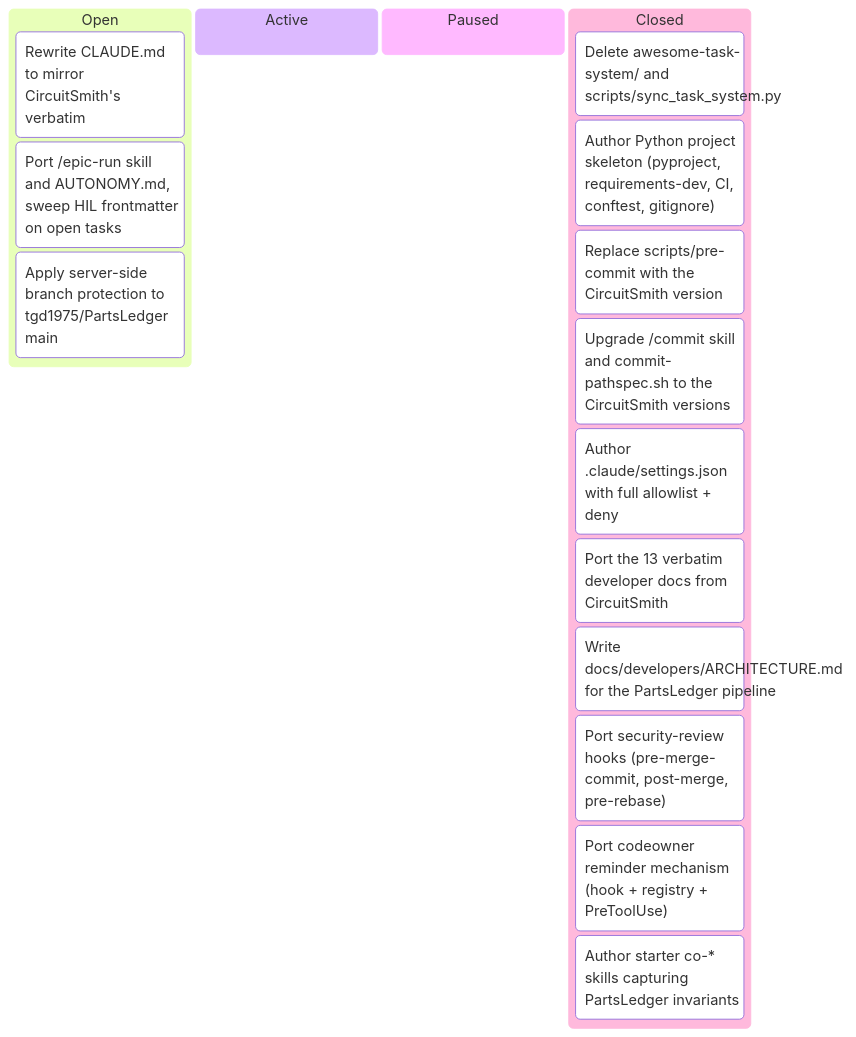
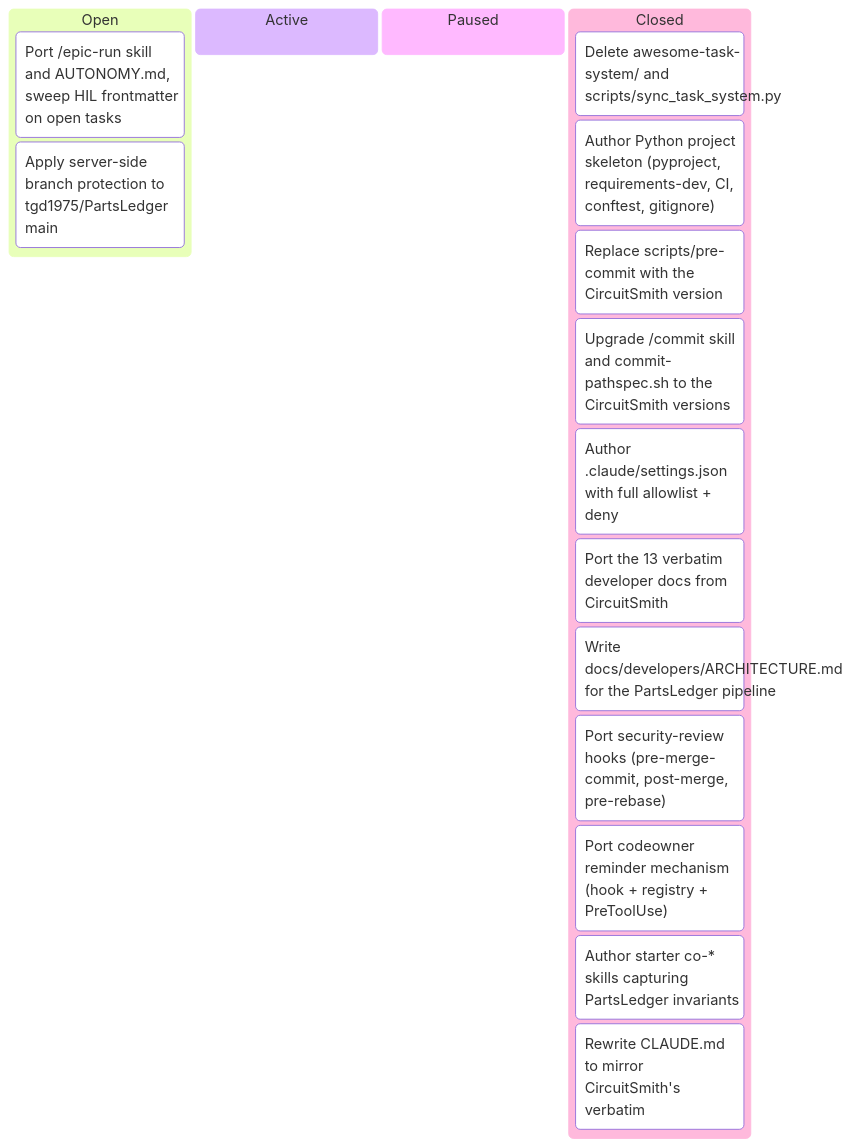
One commit to tgd1975/PartsLedger changed the diagram in docs/developers/tasks/KANBAN.md. Above: the diagram before and after it, drawn with Mermaid. The commit also changed other lines of this file and 4 other files, not shown here.

First line of the commit message:
close TASK-011: Rewrite CLAUDE.md to mirror CircuitSmith's framework

````diff
--- a/docs/developers/tasks/KANBAN.md
+++ b/docs/developers/tasks/KANBAN.md
@@ -11,20 +11,20 @@
 ```mermaid
 kanban
   Open
-    TASK_011["Rewrite CLAUDE.md to mirror CircuitSmith's verbatim"]
     TASK_012["Port /epic-run skill and AUTONOMY.md, sweep HIL frontmatter on open tasks"]
     TASK_013["Apply server-side branch protection to tgd1975/PartsLedger main"]
   Active
   Paused
   Closed
     TASK_001["Delete awesome-task-system/ and scripts/sync_task_system.py"]
     TASK_002["Author Python project skeleton (pyproject, requirements-dev, CI, conftest, gitignore)"]
     TASK_003["Replace scripts/pre-commit with the CircuitSmith version"]
     TASK_004["Upgrade /commit skill and commit-pathspec.sh to the CircuitSmith versions"]
     TASK_005["Author .claude/settings.json with full allowlist + deny"]
     TASK_006["Port the 13 verbatim developer docs from CircuitSmith"]
     TASK_007["Write docs/developers/ARCHITECTURE.md for the PartsLedger pipeline"]
     TASK_008["Port security-review hooks (pre-merge-commit, post-merge, pre-rebase)"]
     TASK_009["Port codeowner reminder mechanism (hook + registry + PreToolUse)"]
     TASK_010["Author starter co-* skills capturing PartsLedger invariants"]
+    TASK_011["Rewrite CLAUDE.md to mirror CircuitSmith's verbatim"]
 ```
````
